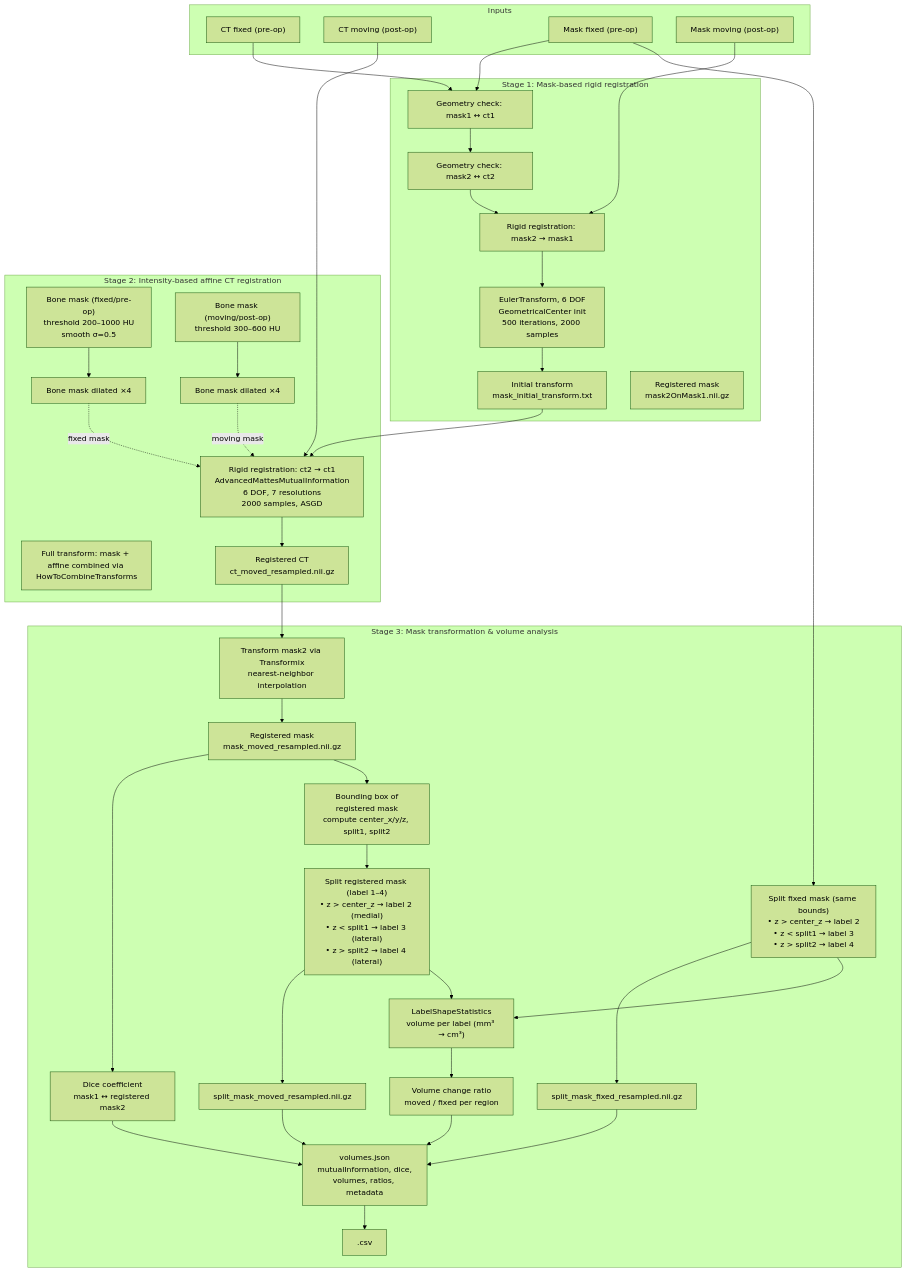
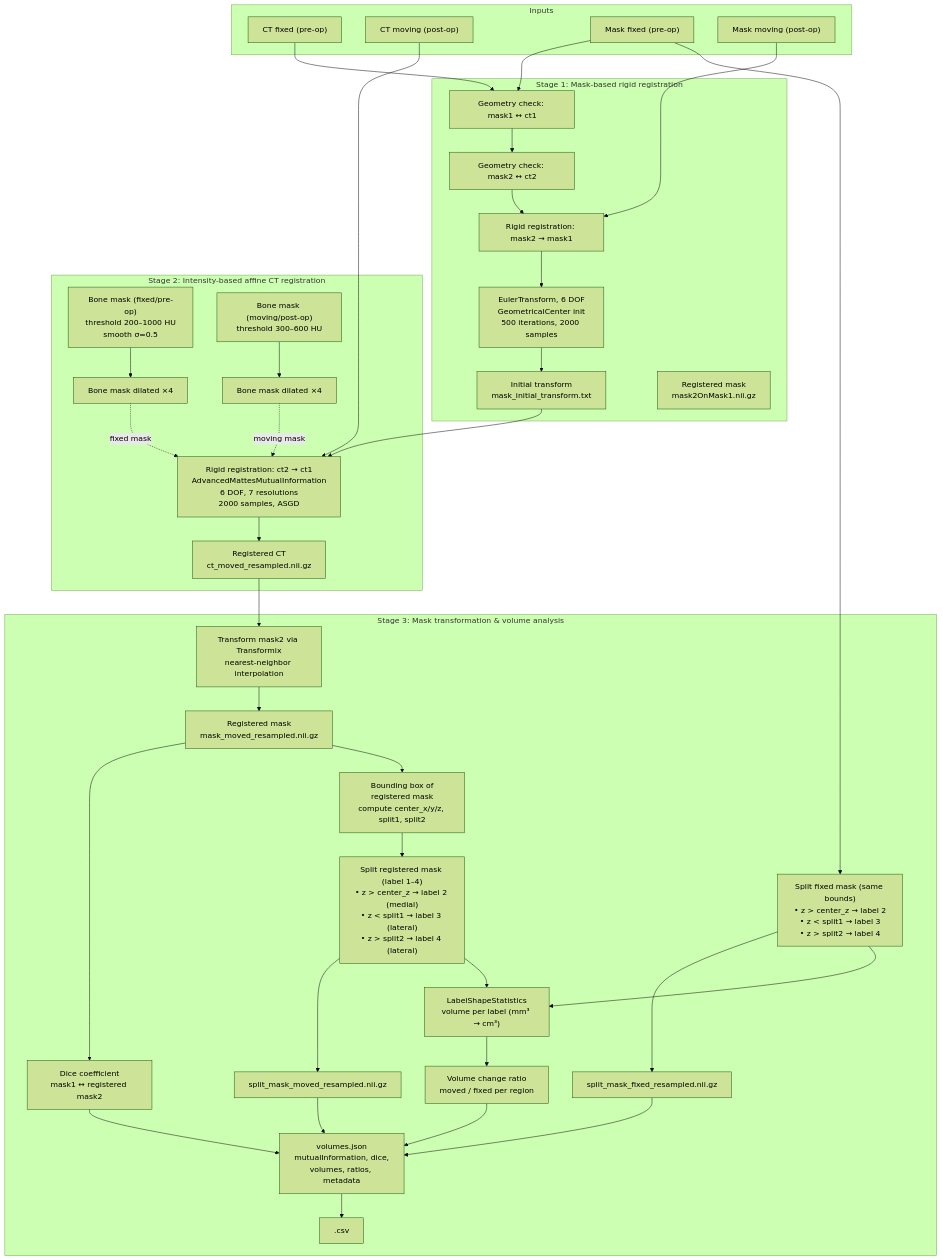
One commit to HaukeBartsch/nav_orbit_register_split changed the diagram in README.md. Above: the diagram before and after it, drawn with Mermaid (forest theme).

Commit message:
remove erroneous box

````diff
--- a/README.md
+++ b/README.md
@@ -51,79 +51,78 @@
 ```mermaid
 flowchart TD
     subgraph Inputs["Inputs"]
         CT1["CT fixed (pre-op)"]
         CT2["CT moving (post-op)"]
         M1["Mask fixed (pre-op)"]
         M2["Mask moving (post-op)"]
     end
 
     subgraph Stage1["Stage 1: Mask-based rigid registration"]
         G1["Geometry check: mask1 ↔ ct1"]
         G2["Geometry check: mask2 ↔ ct2"]
         R1["Rigid registration: mask2 → mask1"]
         T1["EulerTransform, 6 DOF\nGeometricalCenter init\n500 iterations, 2000 samples"]
         TX1["Initial transform\nmask_initial_transform.txt"]
         MR1["Registered mask\nmask2OnMask1.nii.gz"]
     end
 
     subgraph Stage2["Stage 2: Intensity-based affine CT registration"]
         BM1["Bone mask (fixed/pre-op)\nthreshold 200–1000 HU\nsmooth σ=0.5"]
         BM1D["Bone mask dilated ×4"]
         BM2["Bone mask (moving/post-op)\nthreshold 300–600 HU"]
         BM2D["Bone mask dilated ×4"]
         R2["Rigid registration: ct2 → ct1\nAdvancedMattesMutualInformation\n6 DOF, 7 resolutions\n2000 samples, ASGD"]
-        TX2["Full transform: mask + affine combined via HowToCombineTransforms"]
         CR2["Registered CT\nct_moved_resampled.nii.gz"]
     end
 
     subgraph Stage3["Stage 3: Mask transformation & volume analysis"]
         TM["Transform mask2 via Transformix\nnearest-neighbor interpolation"]
         MM["Registered mask\nmask_moved_resampled.nii.gz"]
         QC["Dice coefficient\nmask1 ↔ registered mask2"]
         BB["Bounding box of\nregistered mask\ncompute center_x/y/z, split1, split2"]
 
         SPLIT_M["Split registered mask (label 1–4)\n• z > center_z → label 2 (medial)\n• z < split1 → label 3 (lateral)\n• z > split2 → label 4 (lateral)"]
 
         SPLIT_F["Split fixed mask (same bounds)\n• z > center_z → label 2\n• z < split1 → label 3\n• z > split2 → label 4"]
 
         STATS["LabelShapeStatistics\nvolume per label (mm³ → cm³)"]
 
         RATIO["Volume change ratio\nmoved / fixed per region"]
 
         OUT1["split_mask_moved_resampled.nii.gz"]
         OUT2["split_mask_fixed_resampled.nii.gz"]
         VJ["volumes.json\nmutualInformation, dice,\nvolumes, ratios, metadata"]
         CSV["<folder>.csv"]
     end
 
     CT1 --> G1
     CT2 --> R2
     M1 --> G1
     M2 --> R1
     G1 --> G2
     G2 --> R1
     R1 --> T1
     T1 --> TX1
     R2 --> CR2
     BM1 --> BM1D
     BM2 --> BM2D
     TX1 --> R2
     BM1D -. fixed mask .-> R2
     BM2D -. moving mask .-> R2
     CR2 --> TM
     TM --> MM
     MM --> QC
     MM --> BB
     BB --> SPLIT_M
     M1 --> SPLIT_F
     SPLIT_M --> OUT1
     SPLIT_F --> OUT2
     SPLIT_M --> STATS
     SPLIT_F --> STATS
     STATS --> RATIO
     RATIO --> VJ
     OUT1 --> VJ
     OUT2 --> VJ
     QC --> VJ
     VJ --> CSV
 ```
````
